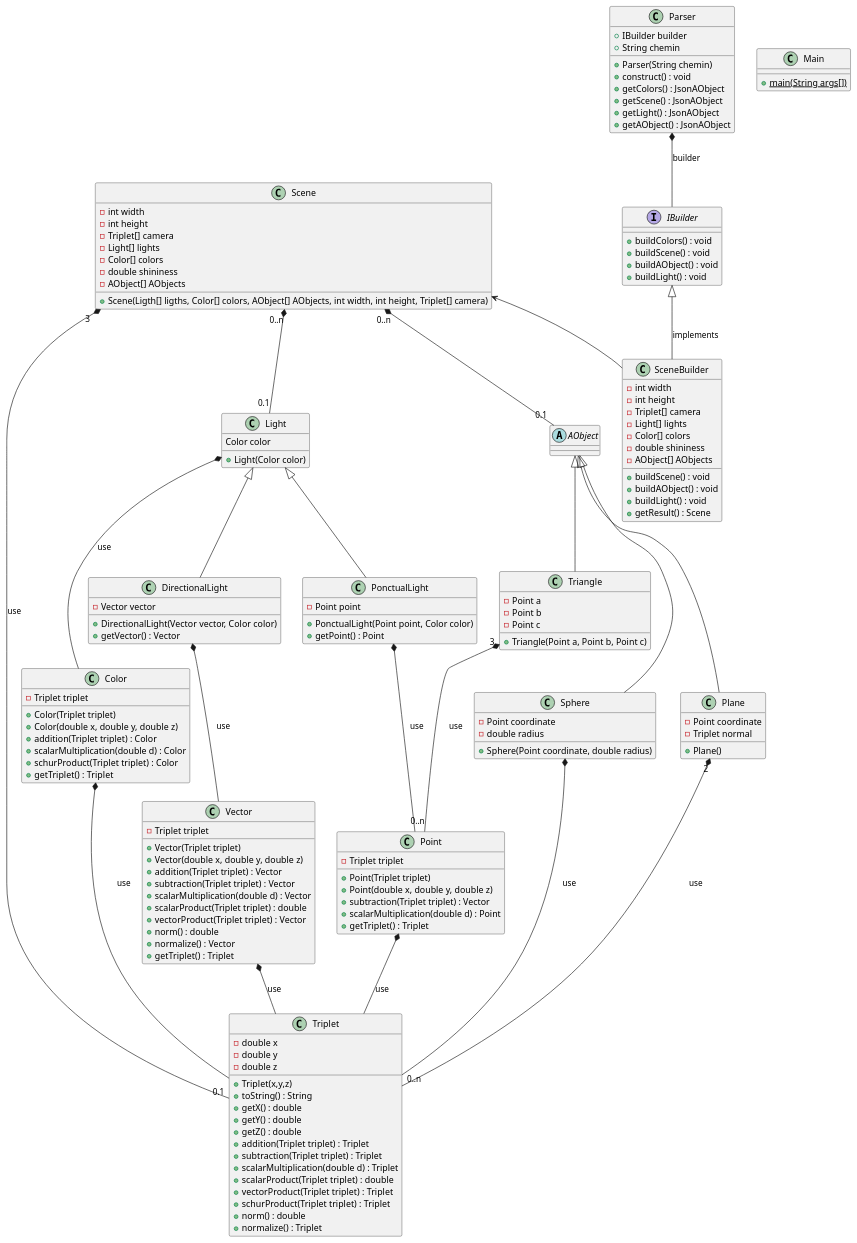
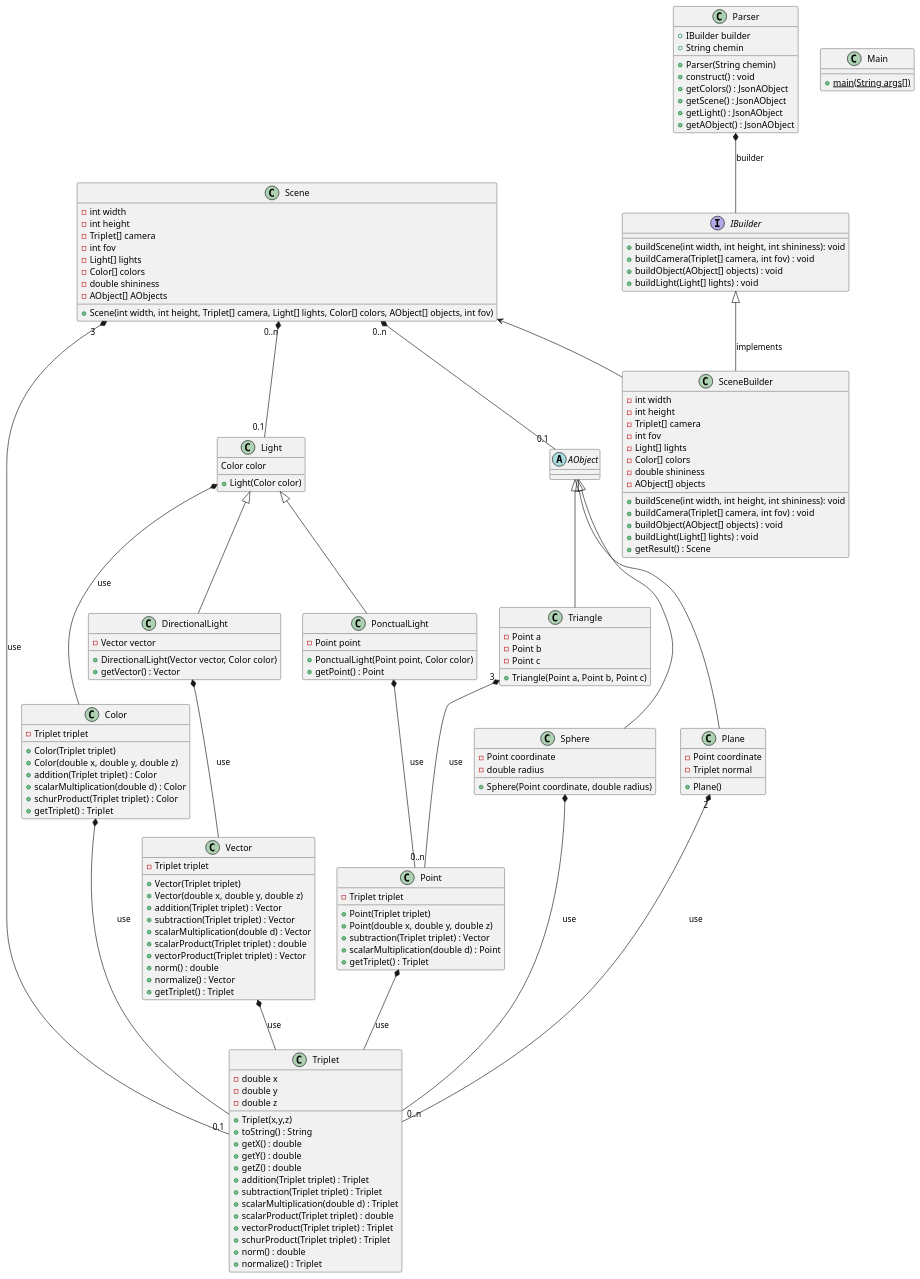
One commit to DarkWolf62/RaytracerLib changed the diagram in RayTracing.puml. Above: the diagram before and after it, drawn with PlantUML.

Commit message:
:memo: Edit de l'UML #1

```diff
--- a/RayTracing.puml
+++ b/RayTracing.puml
@@ -1,187 +1,190 @@
 @startuml
 
 class Triplet
 class Vector
 class Point
 class Color
 class Main
 class Light
 class DirectionalLight
 class PonctualLight
 abstract class AObject
 
 class Plane
 class Triangle
 class Sphere
 
 class Scene
 interface IBuilder
 class SceneBuilder
 
 Vector *-- Triplet : use
 Color *-- Triplet : use
 Point *-- Triplet : use
 
 DirectionalLight *-- Vector : use
 
 Light *-- Color : use
 PonctualLight *-- Point : use
 
 
 Triangle "3" *-- "0..n" Point : use
 Plane "2" *-- "0..n" Triplet : use
 Sphere *-- Triplet : use
 
 Parser *-- IBuilder : builder
 IBuilder <|-- SceneBuilder : implements
 Scene <-- SceneBuilder
 Scene "0..n" *-- "0.1" Light
 Scene "0..n" *-- "0.1" AObject
 Scene "3"*-- "0.1" Triplet : use
 
 
 
 class Triplet {
 -double x
 -double y
 -double z
 
 +Triplet(x,y,z)
 +toString() : String
 +getX() : double
 +getY() : double
 +getZ() : double
 +addition(Triplet triplet) : Triplet
 +subtraction(Triplet triplet) : Triplet
 +scalarMultiplication(double d) : Triplet
 +scalarProduct(Triplet triplet) : double
 +vectorProduct(Triplet triplet) : Triplet
 +schurProduct(Triplet triplet) : Triplet
 +norm() : double
 +normalize() : Triplet
 }
 
 class Vector{
 -Triplet triplet
 +Vector(Triplet triplet)
 +Vector(double x, double y, double z)
 +addition(Triplet triplet) : Vector
 +subtraction(Triplet triplet) : Vector
 +scalarMultiplication(double d) : Vector
 +scalarProduct(Triplet triplet) : double
 +vectorProduct(Triplet triplet) : Vector
 +norm() : double
 +normalize() : Vector
 + getTriplet() : Triplet
 }
 
 class Point{
 - Triplet triplet
 +Point(Triplet triplet)
 +Point(double x, double y, double z)
 +subtraction(Triplet triplet) : Vector
 +scalarMultiplication(double d) : Point
 + getTriplet() : Triplet
 }
 
 class Color{
 - Triplet triplet
 +Color(Triplet triplet)
 +Color(double x, double y, double z)
 + addition(Triplet triplet) : Color
 + scalarMultiplication(double d) : Color
 + schurProduct(Triplet triplet) : Color
 + getTriplet() : Triplet
 }
 
 
 class Light{
 Color color
 + Light(Color color)
 }
 
 class PonctualLight extends Light{
 - Point point
 + PonctualLight(Point point, Color color)
 + getPoint() : Point
 }
 
 class DirectionalLight extends Light{
 - Vector vector
 + DirectionalLight(Vector vector, Color color)
 + getVector() : Vector
 }
 
 class Triangle extends AObject {
 - Point a
 - Point b
 - Point c
 + Triangle(Point a, Point b, Point c)
 }
 
 class Plane extends AObject{
 - Point coordinate
 - Triplet normal
 + Plane()
 }
 
 class Sphere extends AObject {
 - Point coordinate
 - double radius
 + Sphere(Point coordinate, double radius)
 }
 
 'note "Patron de conception : Builder" as N2
 'Scene .. N2
 'IBuilder .. N2
 'SceneBuilder .. N2
 'Parser .. N2
 
 class Scene{
 - int width
 - int height
 - Triplet[] camera
+- int fov
 - Light[] lights
 - Color[] colors
 - double shininess
 - AObject[] AObjects
-+ Scene(Ligth[] ligths, Color[] colors, AObject[] AObjects, int width, int height, Triplet[] camera)
++ Scene(int width, int height, Triplet[] camera, Light[] lights, Color[] colors, AObject[] objects, int fov)
 }
 
 interface IBuilder {
-+ buildColors() : void
-+ buildScene() : void
-+ buildAObject() : void
-+ buildLight() : void
++ buildScene(int width, int height, int shininess): void
++ buildCamera(Triplet[] camera, int fov) : void
++ buildObject(AObject[] objects) : void
++ buildLight(Light[] lights) : void
 }
 
 class SceneBuilder {
 - int width
 - int height
 - Triplet[] camera
+- int fov
 - Light[] lights
 - Color[] colors
 - double shininess
-- AObject[] AObjects
-+ buildScene() : void
-+ buildAObject() : void
-+ buildLight() : void
+- AObject[] objects
++ buildScene(int width, int height, int shininess): void
++ buildCamera(Triplet[] camera, int fov) : void
++ buildObject(AObject[] objects) : void
++ buildLight(Light[] lights) : void
 + getResult() : Scene
 }
 
 class Parser {
 +IBuilder builder
 +String chemin
 +Parser(String chemin)
 +construct() : void
 + getColors() : JsonAObject
 +getScene() : JsonAObject
 +getLight() : JsonAObject
 +getAObject() : JsonAObject
 }
 
 class Main{
 + {static} main(String args[])
 }
 
 @enduml
```
